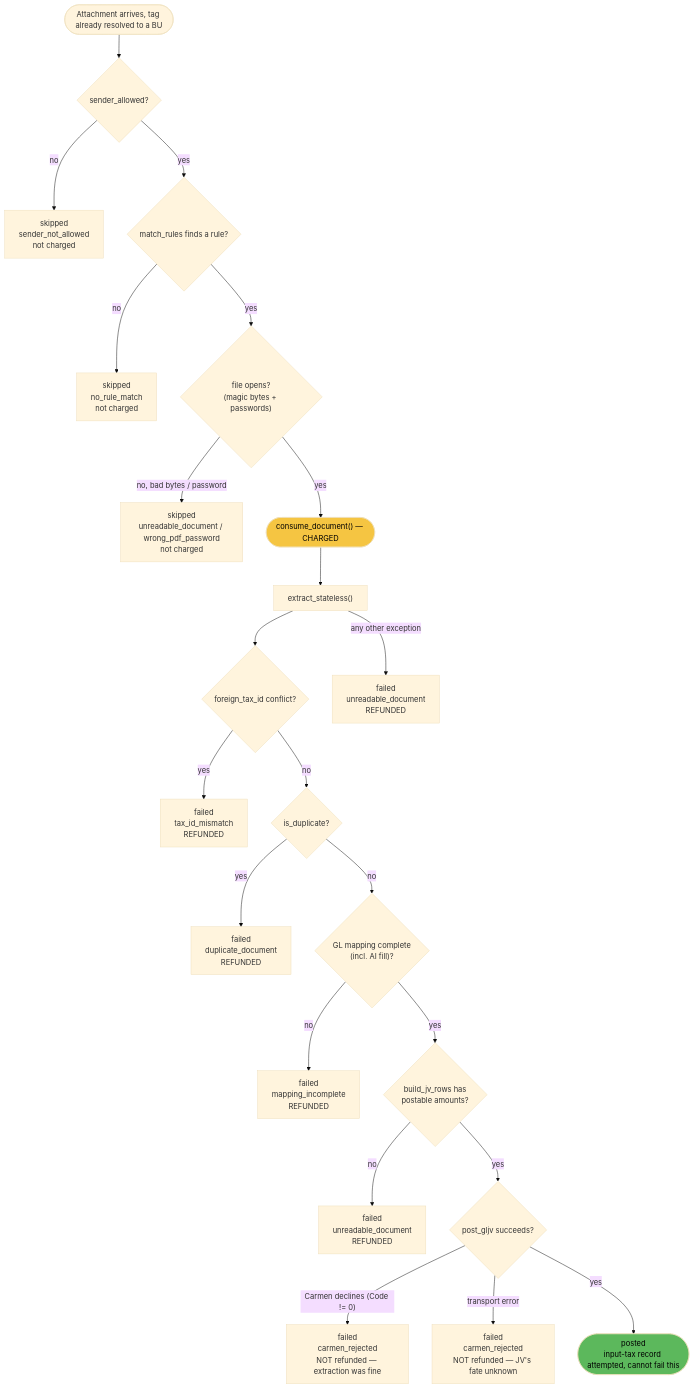
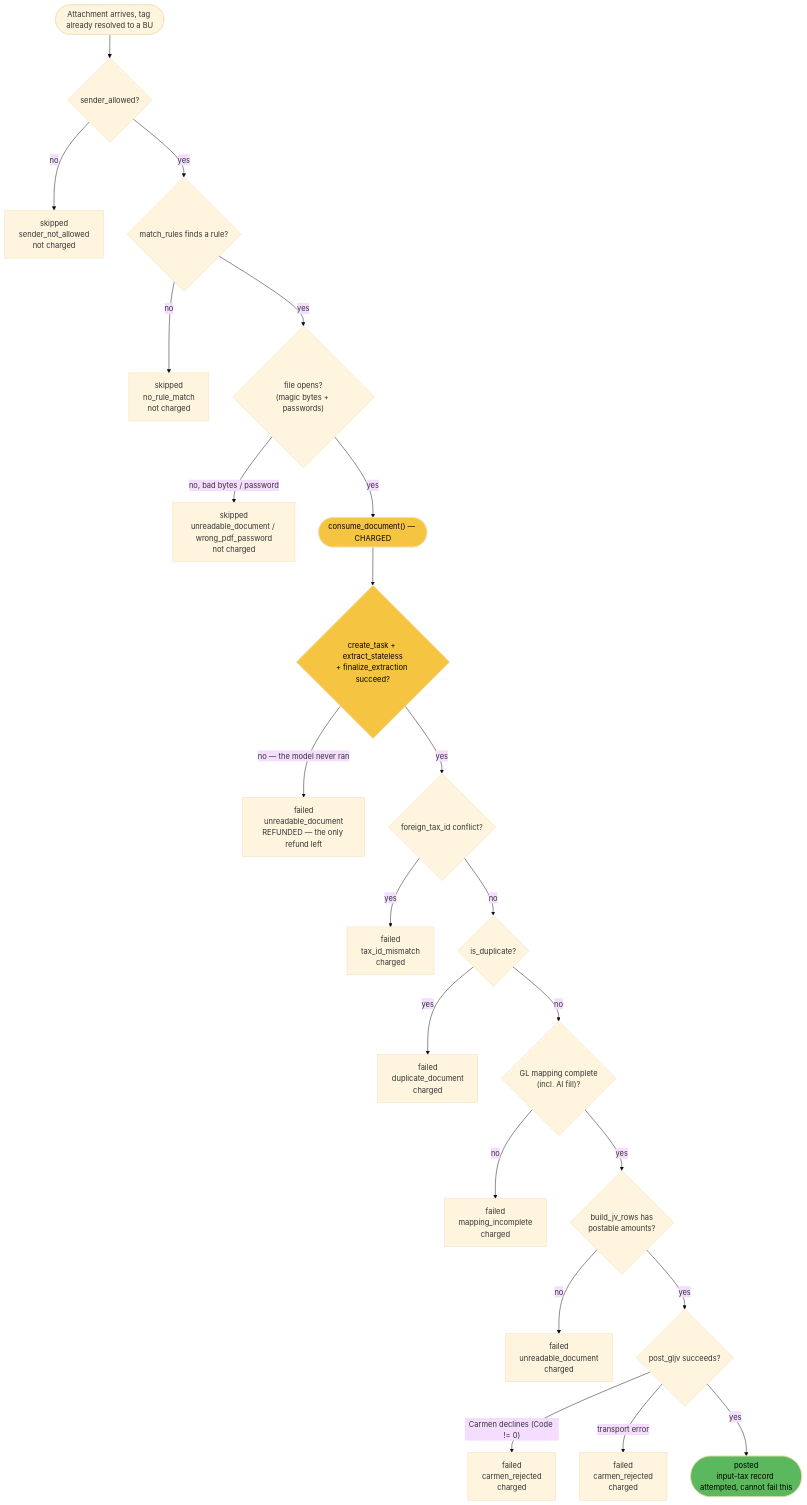
The seventh of 8 diagrams in docs/email-automation/02-architecture.md (developer-carmensoftware/OCR), drawn with Mermaid (base theme) before and after one commit. The commit also changed other lines of this file and 9 other files, not shown here.

````diff
--- a/docs/email-automation/02-architecture.md
+++ b/docs/email-automation/02-architecture.md
@@ -227,27 +227,28 @@
 ```mermaid
 flowchart TD
     Start(["Attachment arrives, tag already resolved to a BU"]) --> G1{"sender_allowed?"}
     G1 -- no --> S1["skipped\nsender_not_allowed\nnot charged"]
     G1 -- yes --> G2{"match_rules finds a rule?"}
     G2 -- no --> S2["skipped\nno_rule_match\nnot charged"]
     G2 -- yes --> G3{"file opens?\n(magic bytes + passwords)"}
     G3 -- no, bad bytes / password --> S3["skipped\nunreadable_document / wrong_pdf_password\nnot charged"]
     G3 -- yes --> Charge(["consume_document() — CHARGED"])
-    Charge --> Extract["extract_stateless()"]
-    Extract --> G4{"foreign_tax_id conflict?"}
-    G4 -- yes --> F1["failed\ntax_id_mismatch\nREFUNDED"]
+    Charge --> Boundary{"create_task + extract_stateless\n+ finalize_extraction succeed?"}
+    Boundary -- "no — the model never ran" --> F7["failed\nunreadable_document\nREFUNDED — the only refund left"]
+    Boundary -- yes --> G4{"foreign_tax_id conflict?"}
+    G4 -- yes --> F1["failed\ntax_id_mismatch\ncharged"]
     G4 -- no --> G5{"is_duplicate?"}
-    G5 -- yes --> F2["failed\nduplicate_document\nREFUNDED"]
+    G5 -- yes --> F2["failed\nduplicate_document\ncharged"]
     G5 -- no --> G6{"GL mapping complete\n(incl. AI fill)?"}
-    G6 -- no --> F3["failed\nmapping_incomplete\nREFUNDED"]
+    G6 -- no --> F3["failed\nmapping_incomplete\ncharged"]
     G6 -- yes --> G7{"build_jv_rows has\npostable amounts?"}
-    G7 -- no --> F4["failed\nunreadable_document\nREFUNDED"]
+    G7 -- no --> F4["failed\nunreadable_document\ncharged"]
     G7 -- yes --> G8{"post_gljv succeeds?"}
-    G8 -- "Carmen declines (Code != 0)" --> F5["failed\ncarmen_rejected\nNOT refunded — extraction was fine"]
-    G8 -- "transport error" --> F6["failed\ncarmen_rejected\nNOT refunded — JV's fate unknown"]
+    G8 -- "Carmen declines (Code != 0)" --> F5["failed\ncarmen_rejected\ncharged"]
+    G8 -- "transport error" --> F6["failed\ncarmen_rejected\ncharged"]
     G8 -- yes --> Posted(["posted\ninput-tax record attempted, cannot fail this"])
-    Extract -- "any other exception" --> F7["failed\nunreadable_document\nREFUNDED"]
 
     style Charge fill:#f5c542,color:#000
+    style Boundary fill:#f5c542,color:#000
     style Posted fill:#5cb85c,color:#000
 ```
````
